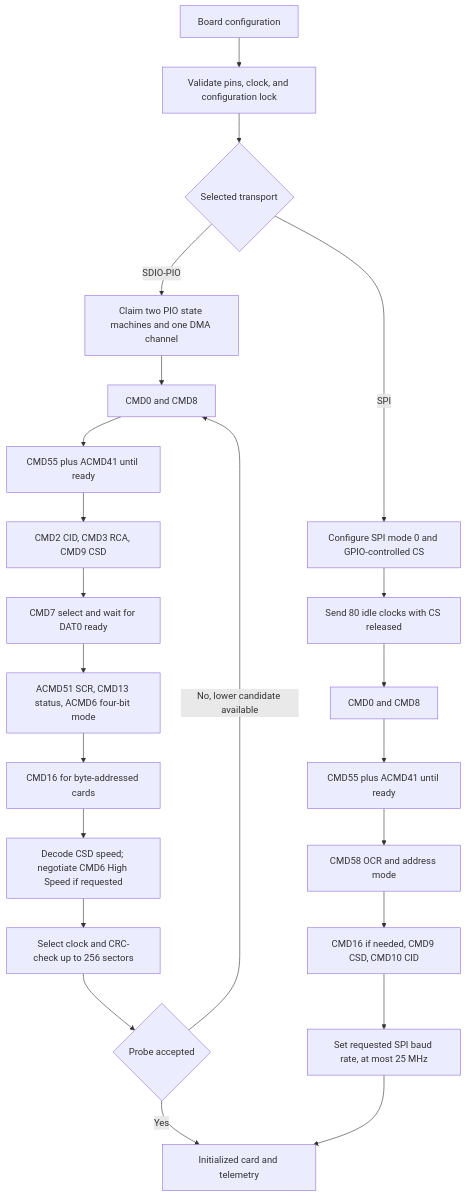
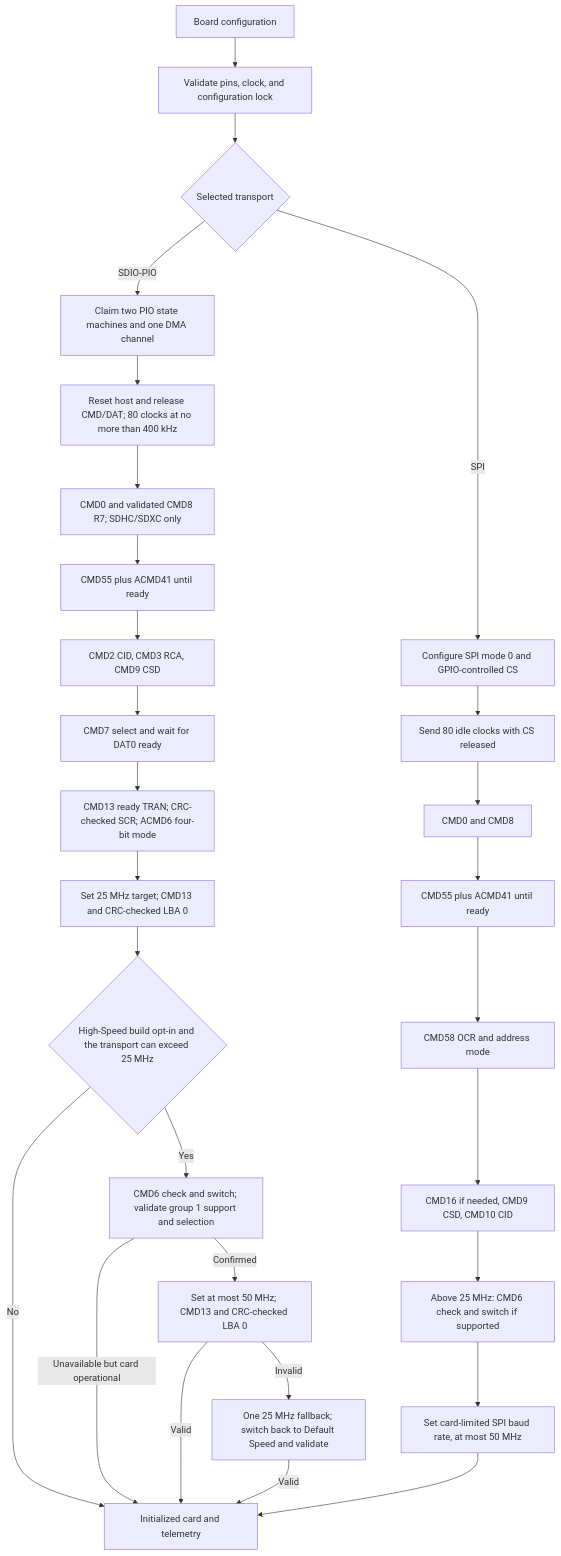
Before and after one commit to djwinter29-oss/PicoForge: the second of 5 diagrams in docs/sdcard-design.md, drawn with Mermaid. The commit also changed other lines of this file and 256 other files, not shown here.

````diff
--- a/docs/sdcard-design.md
+++ b/docs/sdcard-design.md
@@ -230,25 +293,30 @@
 ```mermaid
 flowchart TD
     Start[Board configuration] --> Validate[Validate pins, clock, and configuration lock]
     Validate --> Transport{Selected transport}
     Transport -->|SDIO-PIO| Claim[Claim two PIO state machines and one DMA channel]
-    Claim --> NativeReset[CMD0 and CMD8]
+    Claim --> Idle[Reset host and release CMD/DAT; 80 clocks at no more than 400 kHz]
+    Idle --> NativeReset[CMD0 and validated CMD8 R7; SDHC/SDXC only]
     NativeReset --> NativeReady[CMD55 plus ACMD41 until ready]
     NativeReady --> Identify[CMD2 CID, CMD3 RCA, CMD9 CSD]
     Identify --> Select[CMD7 select and wait for DAT0 ready]
-    Select --> Width[ACMD51 SCR, CMD13 status, ACMD6 four-bit mode]
-    Width --> Length[CMD16 for byte-addressed cards]
-    Length --> Speed[Decode CSD speed; negotiate CMD6 High Speed if requested]
-    Speed --> Probe[Select clock and CRC-check up to 256 sectors]
-    Probe --> Good{Probe accepted}
-    Good -->|Yes| Ready[Initialized card and telemetry]
-    Good -->|No, lower candidate available| NativeReset
+    Select --> Width[CMD13 ready TRAN; CRC-checked SCR; ACMD6 four-bit mode]
+    Width --> Speed[Set 25 MHz target; CMD13 and CRC-checked LBA 0]
+    Speed --> Policy{High-Speed build opt-in and the transport can exceed 25 MHz}
+    Policy -->|No| Ready[Initialized card and telemetry]
+    Policy -->|Yes| Switch[CMD6 check and switch; validate group 1 support and selection]
+    Switch -->|Unavailable but card operational| Ready
+    Switch -->|Confirmed| Fast[Set at most 50 MHz; CMD13 and CRC-checked LBA 0]
+    Fast -->|Valid| Ready
+    Fast -->|Invalid| Fallback[One 25 MHz fallback; switch back to Default Speed and validate]
+    Fallback -->|Valid| Ready
     Transport -->|SPI| Setup[Configure SPI mode 0 and GPIO-controlled CS]
     Setup --> Clocks[Send 80 idle clocks with CS released]
     Clocks --> SPIReset[CMD0 and CMD8]
     SPIReset --> SPIReady[CMD55 plus ACMD41 until ready]
     SPIReady --> OCR[CMD58 OCR and address mode]
     OCR --> SPIIdentify[CMD16 if needed, CMD9 CSD, CMD10 CID]
-    SPIIdentify --> SPISpeed[Set requested SPI baud rate, at most 25 MHz]
+    SPIIdentify --> SPISwitch[Above 25 MHz: CMD6 check and switch if supported]
+    SPISwitch --> SPISpeed[Set card-limited SPI baud rate, at most 50 MHz]
     SPISpeed --> Ready
 ```
````
